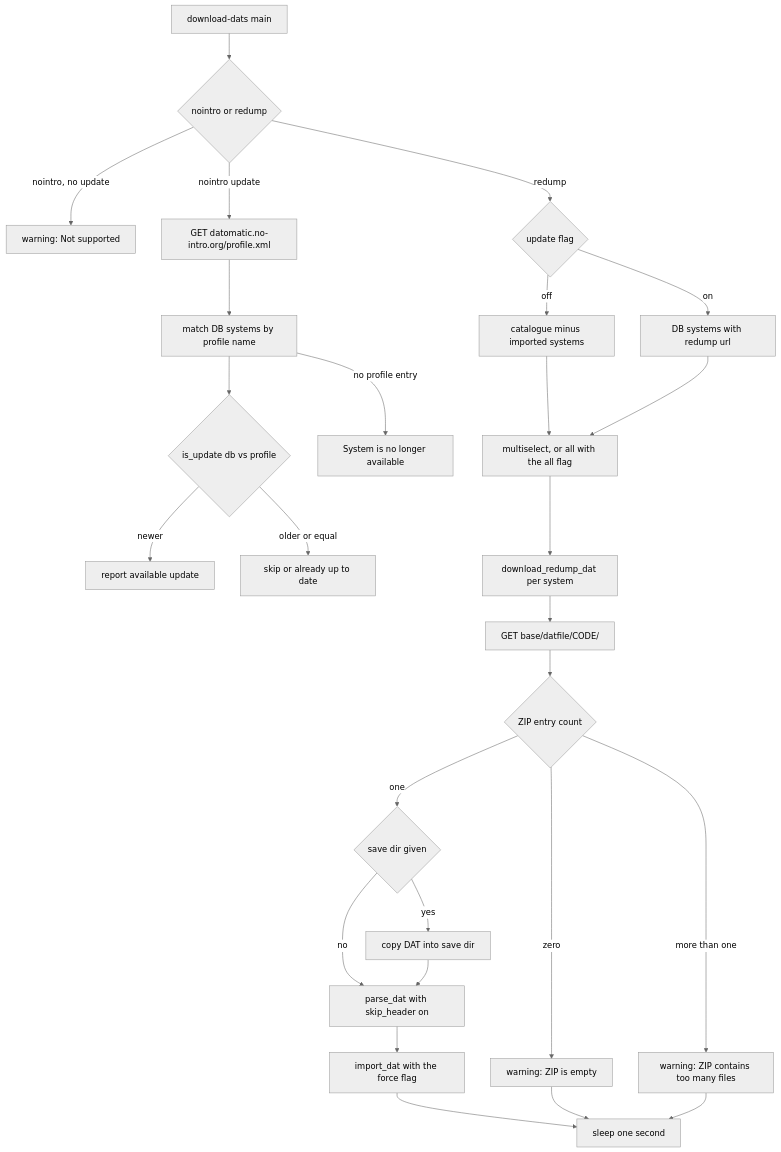
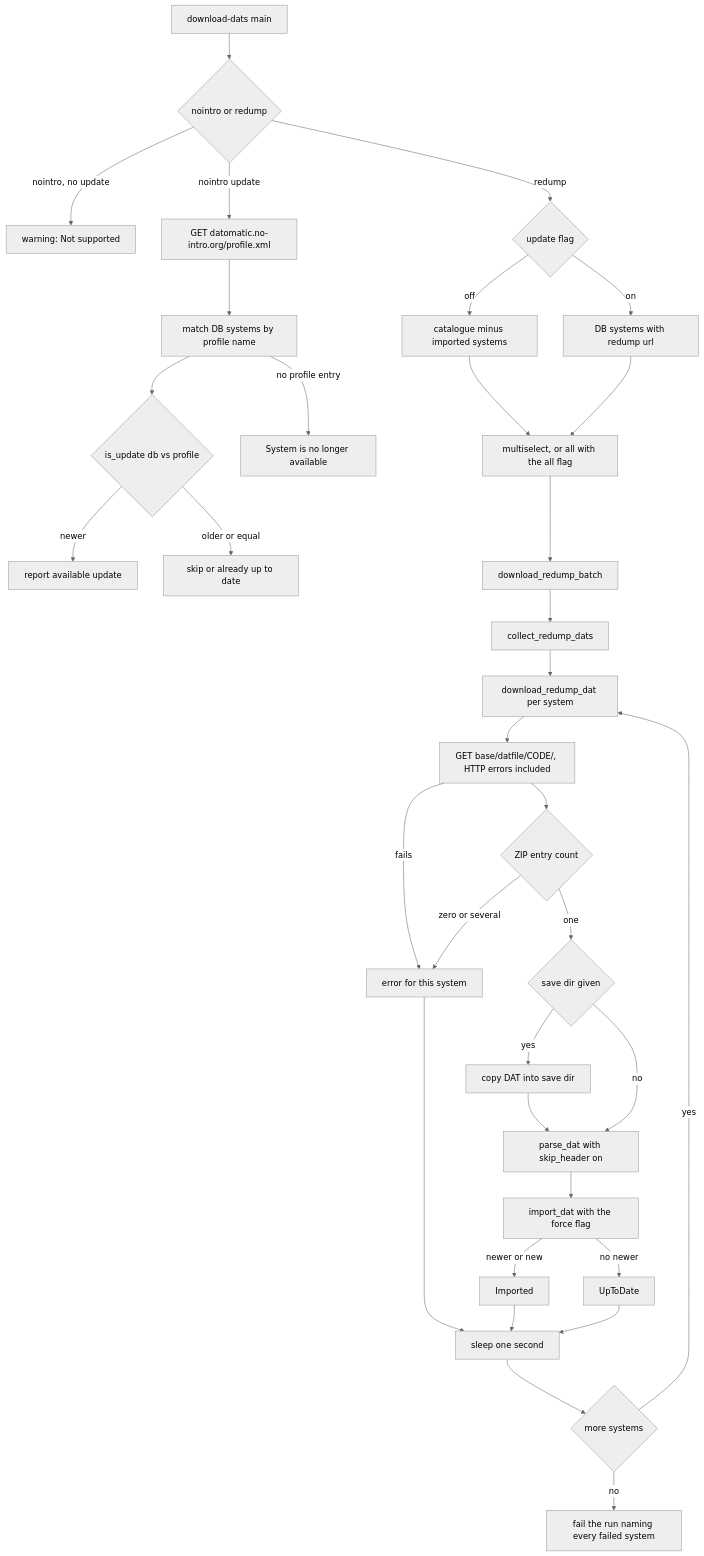
The diagram in openwiki/integrations/dat-providers-no-intro-redump.md (alucryd/oxyromon), drawn with Mermaid (neutral theme) before and after one commit. The commit also changed other lines of this file and 35 other files, not shown here.

First line of the commit message:
Fix/download dats (#250)

````diff
--- a/openwiki/integrations/dat-providers-no-intro-redump.md
+++ b/openwiki/integrations/dat-providers-no-intro-redump.md
@@ -174,29 +176,36 @@
 ```mermaid
 flowchart TD
     Start["download-dats main"] --> P{"nointro or redump"}
     P -->|"nointro, no update"| W["warning: Not supported"]
     P -->|"nointro update"| NI["GET datomatic.no-intro.org/profile.xml"]
     NI --> NIM["match DB systems by profile name"]
     NIM --> NIC{"is_update db vs profile"}
     NIC -->|newer| NIOk["report available update"]
     NIC -->|older or equal| NISkip["skip or already up to date"]
     NIM -->|"no profile entry"| NIGone["System is no longer available"]
     P -->|redump| R{"update flag"}
     R -->|off| RL["catalogue minus imported systems"]
     R -->|on| RU["DB systems with redump url"]
     RL --> SEL["multiselect, or all with the all flag"]
     RU --> SEL
-    SEL --> DL["download_redump_dat per system"]
-    DL --> GET["GET base/datfile/CODE/"]
+    SEL --> BATCH["download_redump_batch"]
+    BATCH --> COL["collect_redump_dats"]
+    COL --> DL["download_redump_dat per system"]
+    DL --> GET["GET base/datfile/CODE/, HTTP errors included"]
+    GET -->|"fails"| ERR["error for this system"]
     GET --> Z{"ZIP entry count"}
-    Z -->|zero| ZEmpty["warning: ZIP is empty"]
-    Z -->|more than one| ZMany["warning: ZIP contains too many files"]
+    Z -->|"zero or several"| ERR
     Z -->|one| SAVE{"save dir given"}
     SAVE -->|yes| CP["copy DAT into save dir"]
     SAVE -->|no| PARSE
     CP --> PARSE["parse_dat with skip_header on"]
     PARSE --> IMP["import_dat with the force flag"]
-    IMP --> RATE["sleep one second"]
-    ZEmpty --> RATE
-    ZMany --> RATE
+    IMP -->|"newer or new"| IMPORTED["Imported"]
+    IMP -->|"no newer"| UPTODATE["UpToDate"]
+    IMPORTED --> RATE["sleep one second"]
+    UPTODATE --> RATE
+    ERR --> RATE
+    RATE --> NEXT{"more systems"}
+    NEXT -->|yes| DL
+    NEXT -->|no| END["fail the run naming every failed system"]
 ```
````
